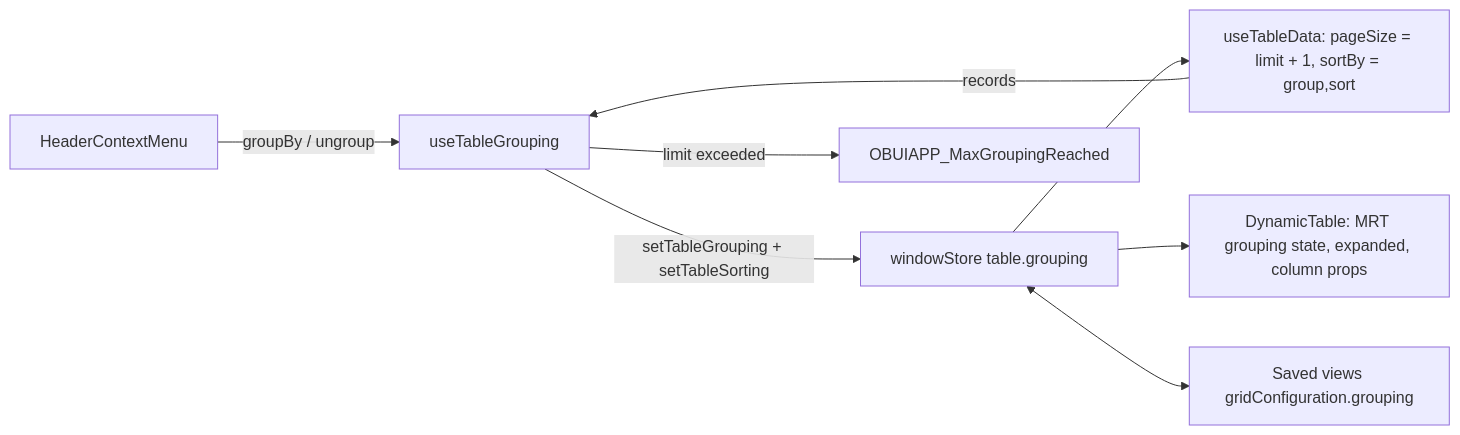
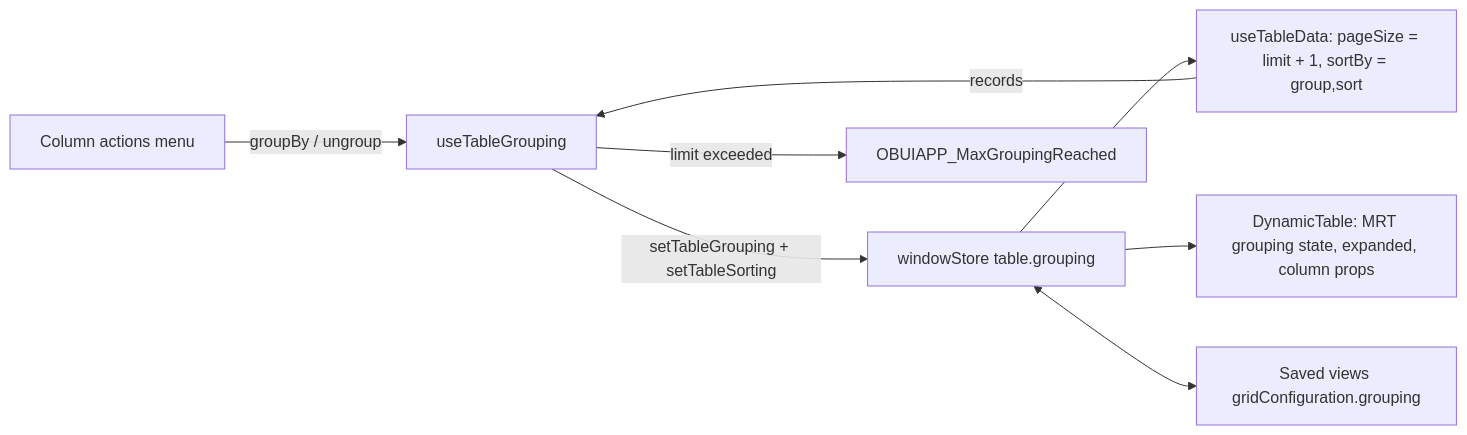
One commit to etendosoftware/com.etendorx.workspace-ui changed the diagram in docs/features/grid-grouping.md. Above: the diagram before and after it, drawn with Mermaid. The commit also changed other lines of this file and 3 other files, not shown here.

Commit message:
Hotfix ETP-5624: Keep grouping only in the column actions menu

````diff
--- a/docs/features/grid-grouping.md
+++ b/docs/features/grid-grouping.md
@@ -27,10 +27,10 @@
 ```mermaid
 flowchart LR
-  Menu[HeaderContextMenu] -->|groupBy / ungroup| Hook[useTableGrouping]
+  Menu[Column actions menu] -->|groupBy / ungroup| Hook[useTableGrouping]
   Hook -->|setTableGrouping + setTableSorting| Store[windowStore table.grouping]
   Store --> Data[useTableData: pageSize = limit + 1, sortBy = group,sort]
   Store --> Grid[DynamicTable: MRT grouping state, expanded, column props]
   Data -->|records| Hook
   Hook -->|limit exceeded| Warning[OBUIAPP_MaxGroupingReached]
   Store <--> Views[Saved views gridConfiguration.grouping]
 ```
````
